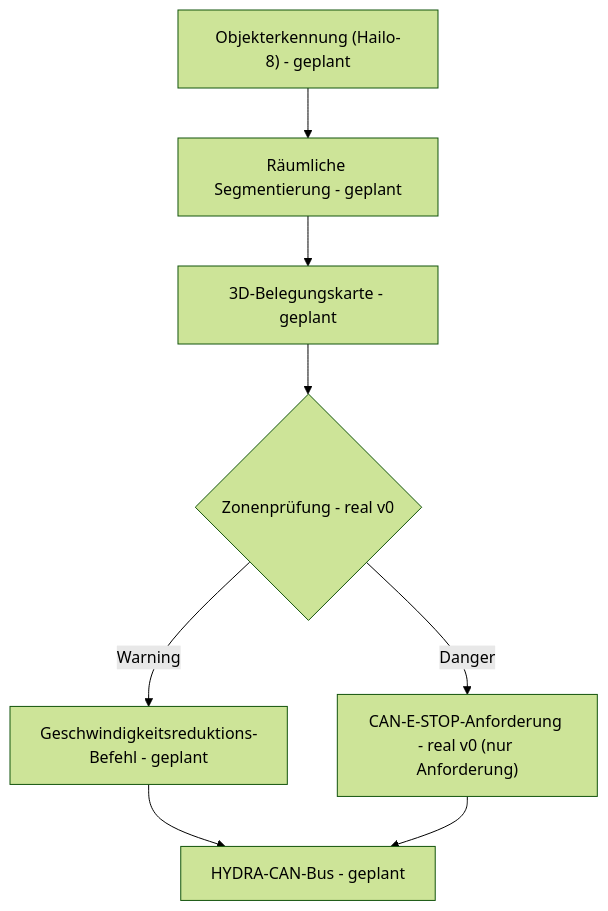
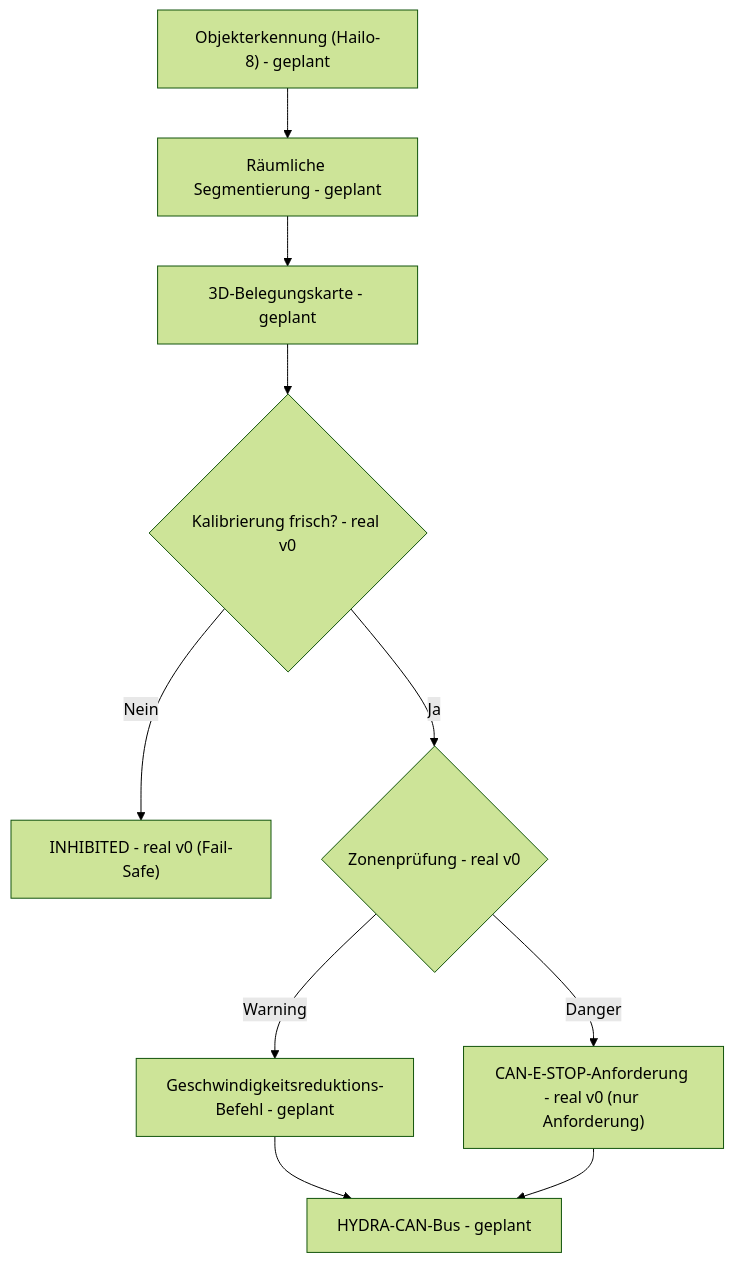
The diagram in README_deu.md (JuanenRac/HYDRA-UMC-SAFETY-ZONES), drawn with Mermaid (forest theme) before and after one commit. The commit also changed other lines of this file and 19 other files, not shown here.

First line of the commit message:
Real calibration-freshness enforcement, fail-safe by default

````diff
--- a/README_deu.md
+++ b/README_deu.md
@@ -45,10 +46,12 @@
 ```mermaid
 flowchart TB
     DET["Objekterkennung (Hailo-8) - geplant"] --> SEG["Räumliche Segmentierung - geplant"]
     SEG --> MAP["3D-Belegungskarte - geplant"]
-    MAP --> ZONE{"Zonenprüfung - real v0"}
+    MAP --> CAL{"Kalibrierung frisch? - real v0"}
+    CAL -- Nein --> INHIBIT["INHIBITED - real v0 (Fail-Safe)"]
+    CAL -- Ja --> ZONE{"Zonenprüfung - real v0"}
     ZONE -- Warning --> SLOW["Geschwindigkeitsreduktions-Befehl - geplant"]
     ZONE -- Danger --> STOP["CAN-E-STOP-Anforderung - real v0 (nur Anforderung)"]
     SLOW --> CAN["HYDRA-CAN-Bus - geplant"]
     STOP --> CAN
 ```
````
